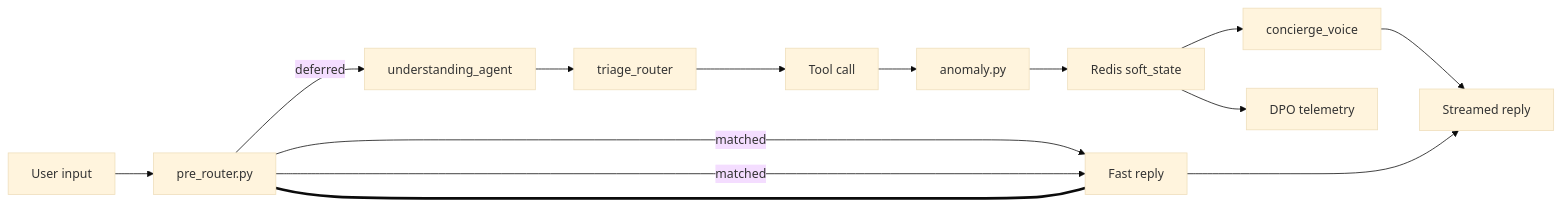
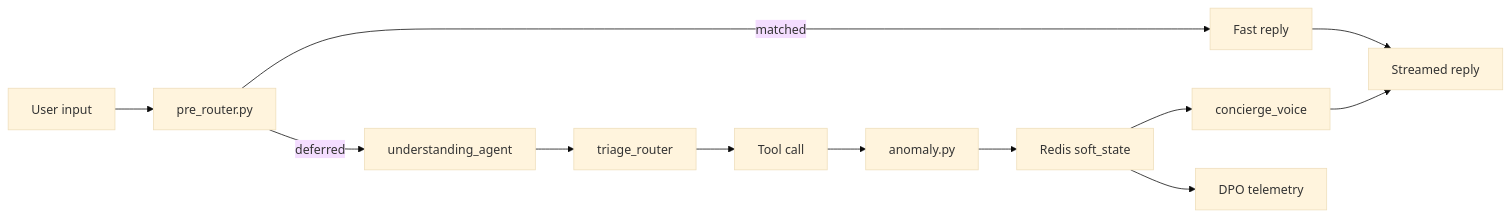
Before and after one commit to muhammadhasaan82/AI_Property_Booking_concierge: the second of 2 diagrams in README.md, drawn with Mermaid (base theme). The commit also changed other lines of this file, not shown here.

Commit message:
Fix README mermaid rendering conflict markers

````diff
--- a/README.md
+++ b/README.md
@@ -79,18 +37,15 @@
 ```mermaid
 flowchart LR
     IN["User input"] --> PR["pre_router.py"]
 
-    PR -->|matched| FAST["Fast LLM reply"]
-=======
     PR -->|matched| FAST["Fast reply"]
-
     PR -->|deferred| UA["understanding_agent"]
     UA --> TR["triage_router"]
     TR --> TOOL["Tool call"]
     TOOL --> AD["anomaly.py"]
     AD --> STATE["Redis soft_state"]
     STATE --> CV["concierge_voice"]
     CV --> OUT["Streamed reply"]
     FAST --> OUT
     STATE --> TEL["DPO telemetry"]
 ```
````
